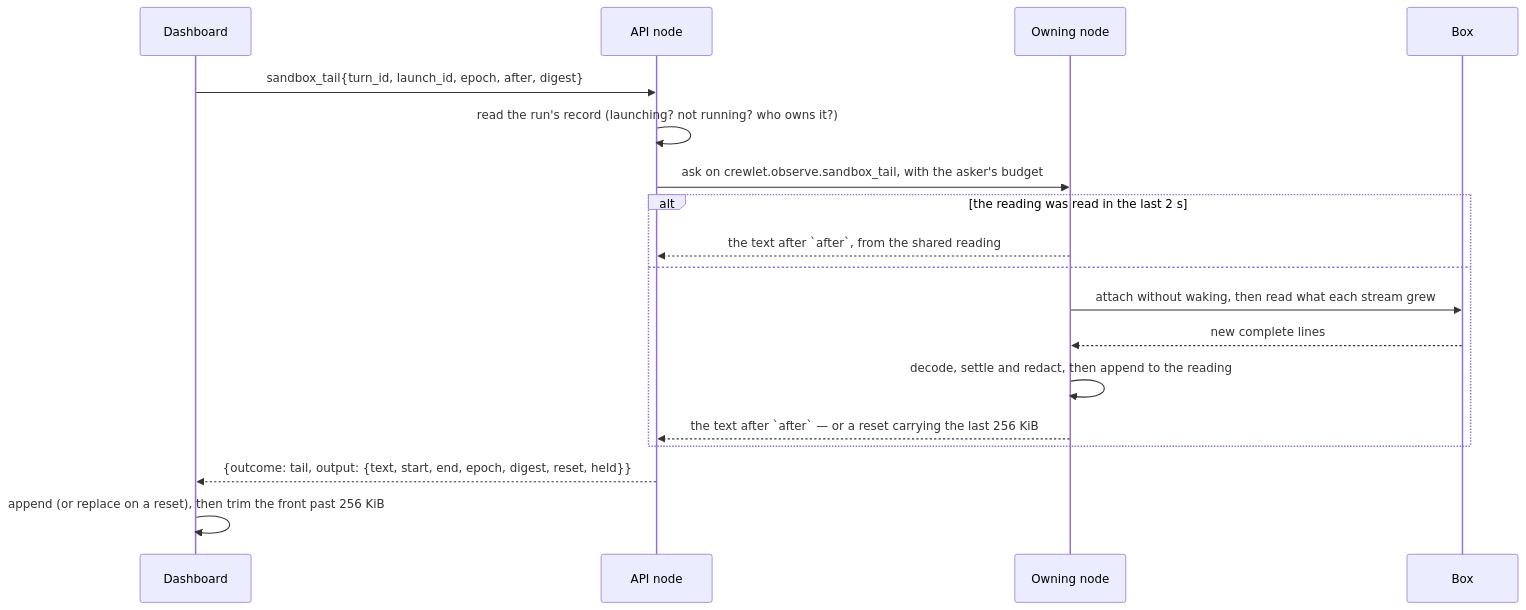
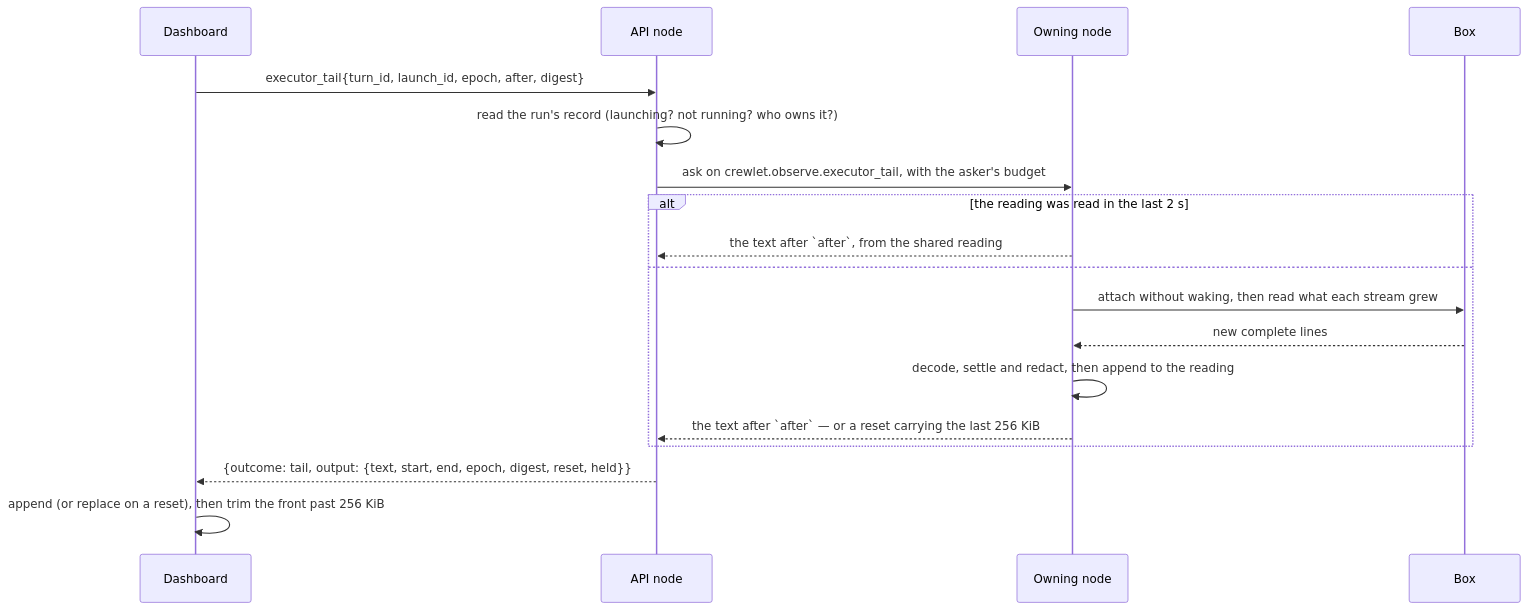
One commit to crewlet/crewlet changed the third of 3 diagrams in docs/concepts/code-sandbox.md. Above: the diagram before and after it, drawn with Mermaid. The commit also changed other lines of this file and 480 other files, not shown here.

````diff
--- a/docs/concepts/code-sandbox.md
+++ b/docs/concepts/code-sandbox.md
@@ -1120,20 +1120,20 @@
 ```mermaid
 sequenceDiagram
     participant D as Dashboard
     participant A as API node
     participant O as Owning node
     participant B as Box
-    D->>A: sandbox_tail{turn_id, launch_id, epoch, after, digest}
+    D->>A: executor_tail{turn_id, launch_id, epoch, after, digest}
     A->>A: read the run's record (launching? not running? who owns it?)
-    A->>O: ask on crewlet.observe.sandbox_tail, with the asker's budget
+    A->>O: ask on crewlet.observe.executor_tail, with the asker's budget
     alt the reading was read in the last 2 s
         O-->>A: the text after `after`, from the shared reading
     else
         O->>B: attach without waking, then read what each stream grew
         B-->>O: new complete lines
         O->>O: decode, settle and redact, then append to the reading
         O-->>A: the text after `after` — or a reset carrying the last 256 KiB
     end
     A-->>D: {outcome: tail, output: {text, start, end, epoch, digest, reset, held}}
     D->>D: append (or replace on a reset), then trim the front past 256 KiB
 ```
````
